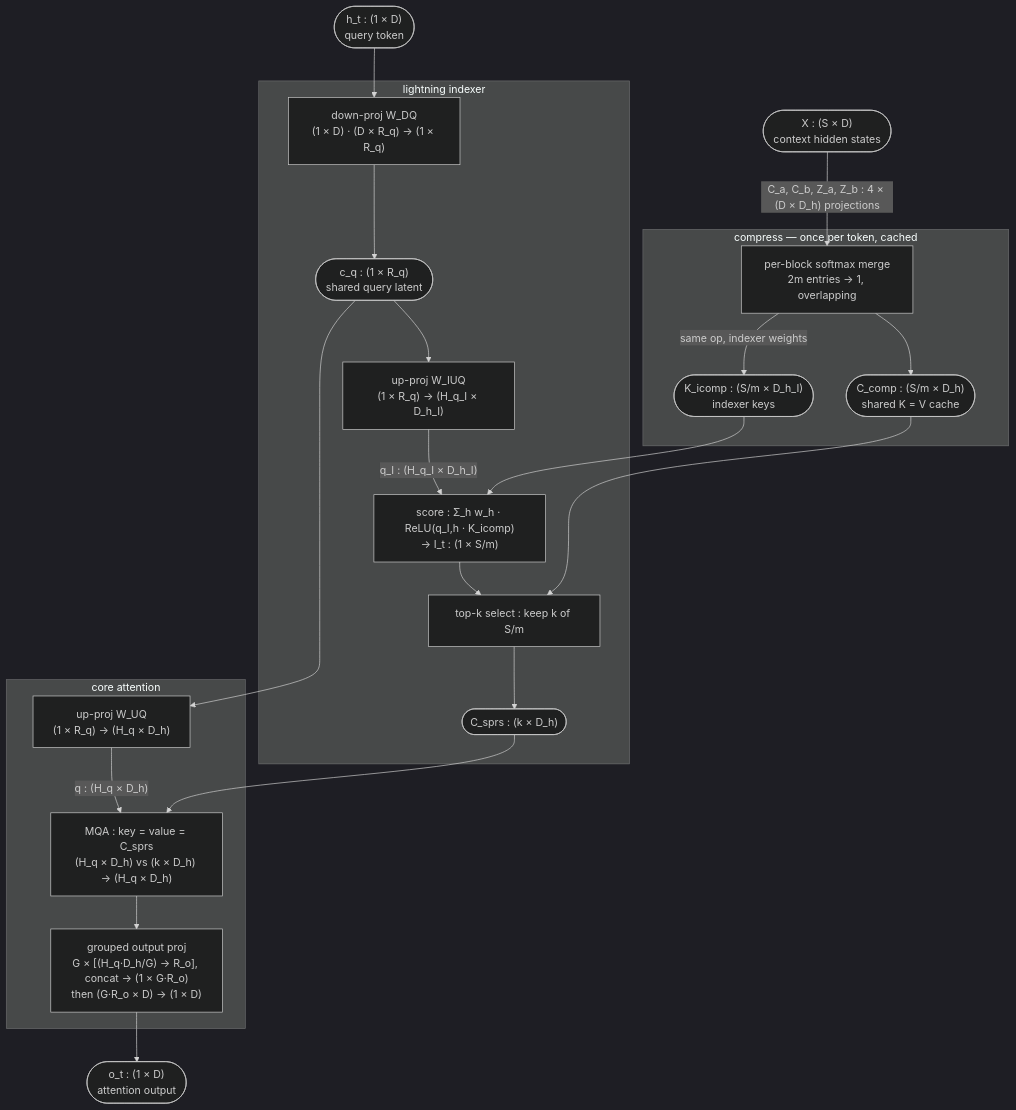
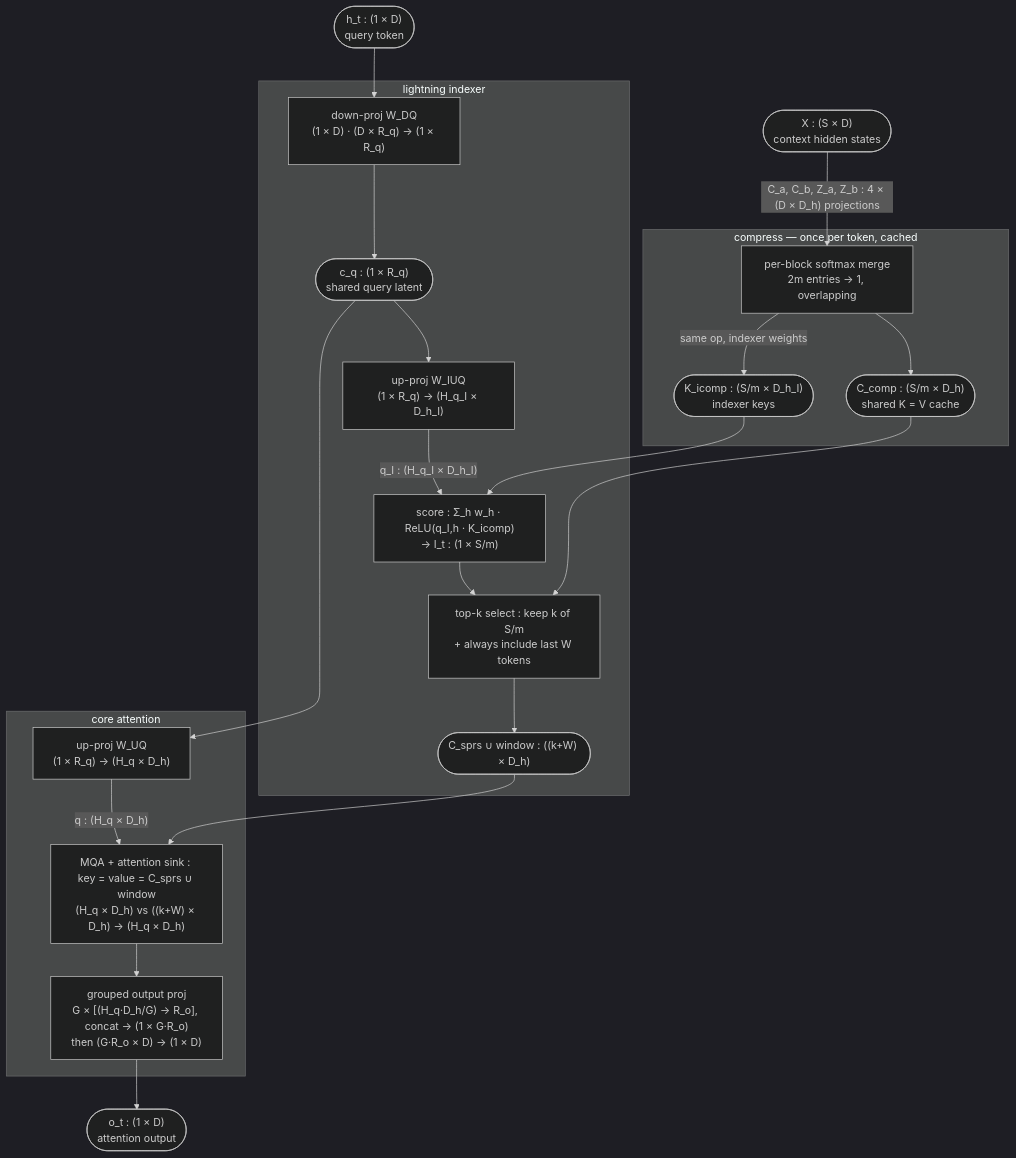
Before and after one commit to nvbkdw/building-ai-infra: the second of 3 diagrams in content/blogs/deepseek-v4-deep-dive.md, drawn with Mermaid (dark theme). The commit also changed other lines of this file and 15 other files, not shown here.

````diff
--- a/content/blogs/deepseek-v4-deep-dive.md
+++ b/content/blogs/deepseek-v4-deep-dive.md
@@ -389,41 +425,41 @@
 ```mermaid
 flowchart TD
     CTX(["X : (S × D)<br/>context hidden states"])
     HT(["h_t : (1 × D)<br/>query token"])
 
     subgraph COMPRESS["compress — once per token, cached"]
         MERGE["per-block softmax merge<br/>2m entries → 1, overlapping"]
         CCOMP(["C_comp : (S/m × D_h)<br/>shared K = V cache"])
         KIDX(["K_icomp : (S/m × D_h_I)<br/>indexer keys"])
     end
 
     subgraph SELECT["lightning indexer"]
         DQ["down-proj W_DQ<br/>(1 × D) · (D × R_q) → (1 × R_q)"]
         CQ(["c_q : (1 × R_q)<br/>shared query latent"])
         UQI["up-proj W_IUQ<br/>(1 × R_q) → (H_q_I × D_h_I)"]
         SCORE["score : Σ_h w_h · ReLU(q_I,h · K_icomp)<br/>→ I_t : (1 × S/m)"]
-        TOPK["top-k select : keep k of S/m"]
-        SEL(["C_sprs : (k × D_h)"])
+        TOPK["top-k select : keep k of S/m<br/>+ always include last W tokens"]
+        SEL(["C_sprs ∪ window : ((k+W) × D_h)"])
     end
 
     subgraph CORE["core attention"]
         UQ["up-proj W_UQ<br/>(1 × R_q) → (H_q × D_h)"]
-        MQA["MQA : key = value = C_sprs<br/>(H_q × D_h) vs (k × D_h) → (H_q × D_h)"]
+        MQA["MQA + attention sink : key = value = C_sprs ∪ window<br/>(H_q × D_h) vs ((k+W) × D_h) → (H_q × D_h)"]
         GRP["grouped output proj<br/>G × [(H_q·D_h/G) → R_o], concat → (1 × G·R_o)<br/>then (G·R_o × D) → (1 × D)"]
     end
 
     OUT(["o_t : (1 × D)<br/>attention output"])
 
     CTX -->|"C_a, C_b, Z_a, Z_b : 4 × (D × D_h) projections"| MERGE
     MERGE --> CCOMP
     MERGE -->|"same op, indexer weights"| KIDX
     HT --> DQ --> CQ
     CQ --> UQI -->|"q_I : (H_q_I × D_h_I)"| SCORE
     KIDX --> SCORE
     SCORE --> TOPK
     CCOMP --> TOPK
     TOPK --> SEL
     CQ --> UQ -->|"q : (H_q × D_h)"| MQA
     SEL --> MQA
     MQA --> GRP --> OUT
 ```
````
